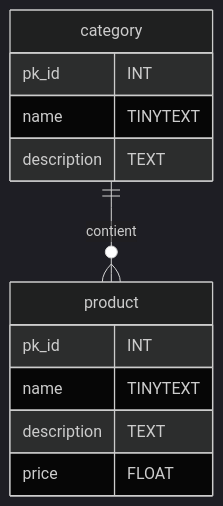
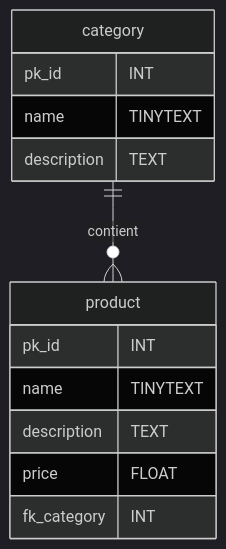
One commit to CHAOUCHI/parcours_cda changed the ninth of 9 diagrams in SQL/Course/Apprendre le SQL.md. Above: the diagram before and after it, drawn with Mermaid (dark theme). The commit also changed other lines of this file and 11 other files, not shown here.

````diff
--- a/SQL/Course/Apprendre le SQL.md
+++ b/SQL/Course/Apprendre le SQL.md
@@ -310,15 +546,16 @@
 ```mermaid
 erDiagram
     category ||--o{ product : contient
     category {
         pk_id INT
         name TINYTEXT
         description TEXT
     }
     product {
         pk_id INT
         name TINYTEXT
         description TEXT
         price FLOAT
+        fk_category INT
     }
 ```
````
